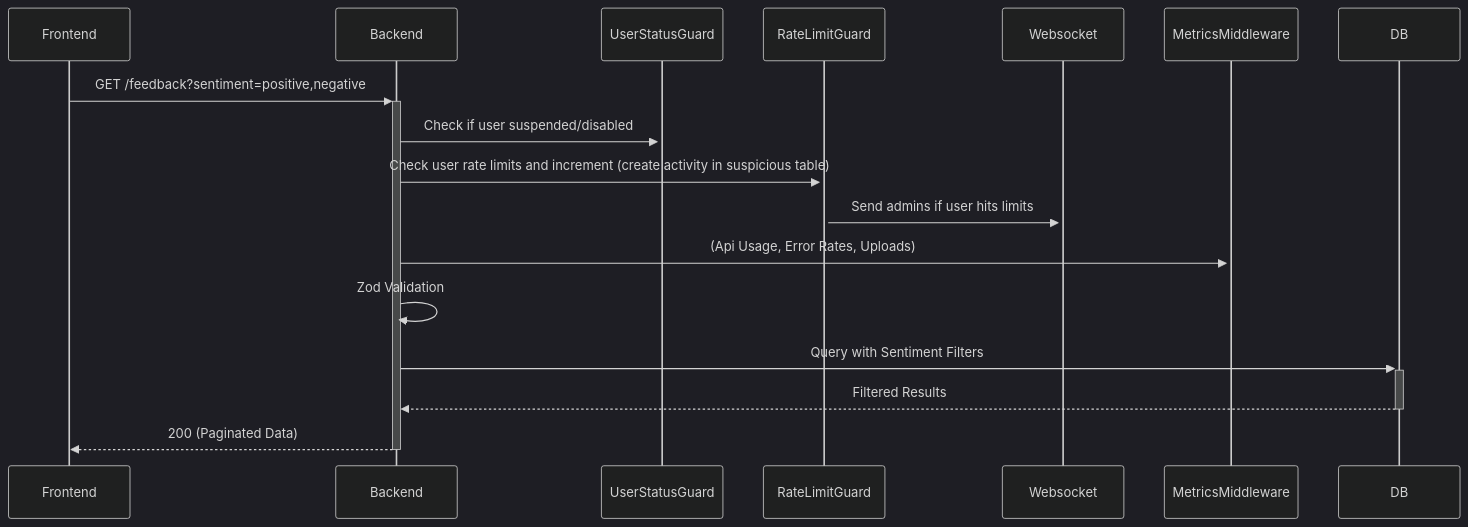
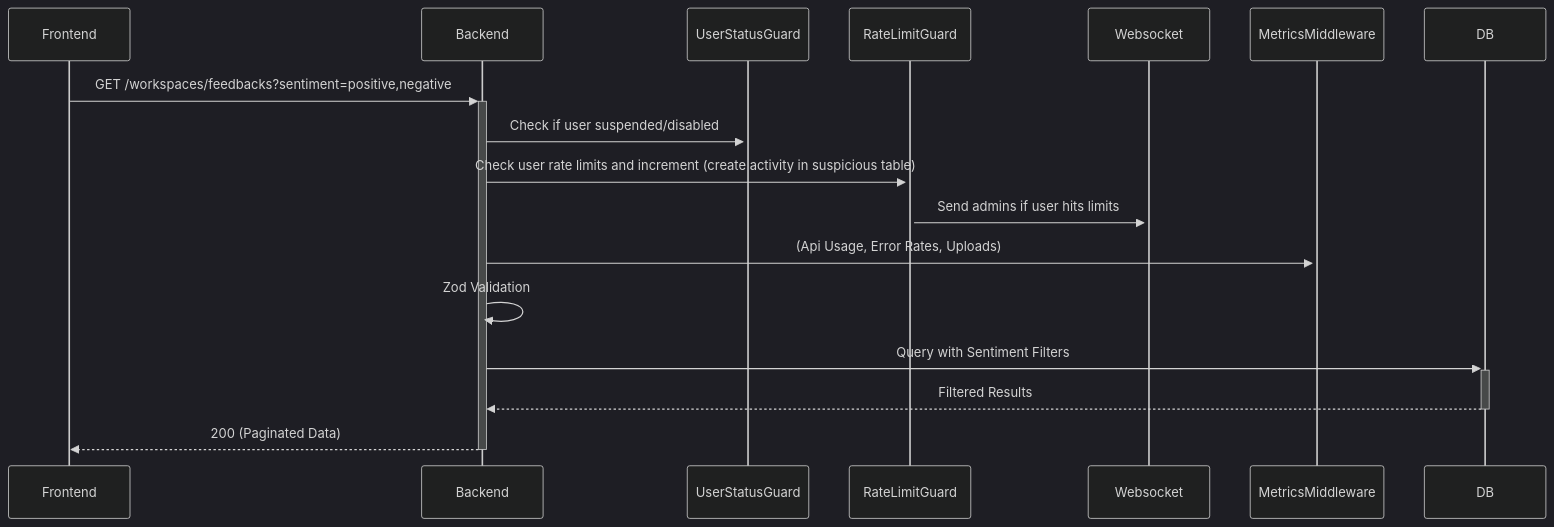
Before and after one commit to Xayrulloh/Feedback-Sentiment: the sixth of 33 diagrams in README.md, drawn with Mermaid (dark theme). The commit also changed other lines of this file, not shown here.

````diff
--- a/README.md
+++ b/README.md
@@ -218,12 +219,12 @@
 ```mermaid
 sequenceDiagram
-    Frontend->>+Backend: GET /feedback?sentiment=positive,negative
+    Frontend->>+Backend: GET /workspaces/feedbacks?sentiment=positive,negative
     Backend->>+UserStatusGuard: Check if user suspended/disabled
     Backend->>+RateLimitGuard: Check user rate limits and increment (create activity in suspicious table)
     RateLimitGuard->>+Websocket: Send admins if user hits limits
     Backend->>+MetricsMiddleware: (Api Usage, Error Rates, Uploads)
     Backend->>Backend: Zod Validation
     Backend->>+DB: Query with Sentiment Filters
     DB-->>-Backend: Filtered Results
     Backend-->>-Frontend: 200 (Paginated Data)
 ```
````
